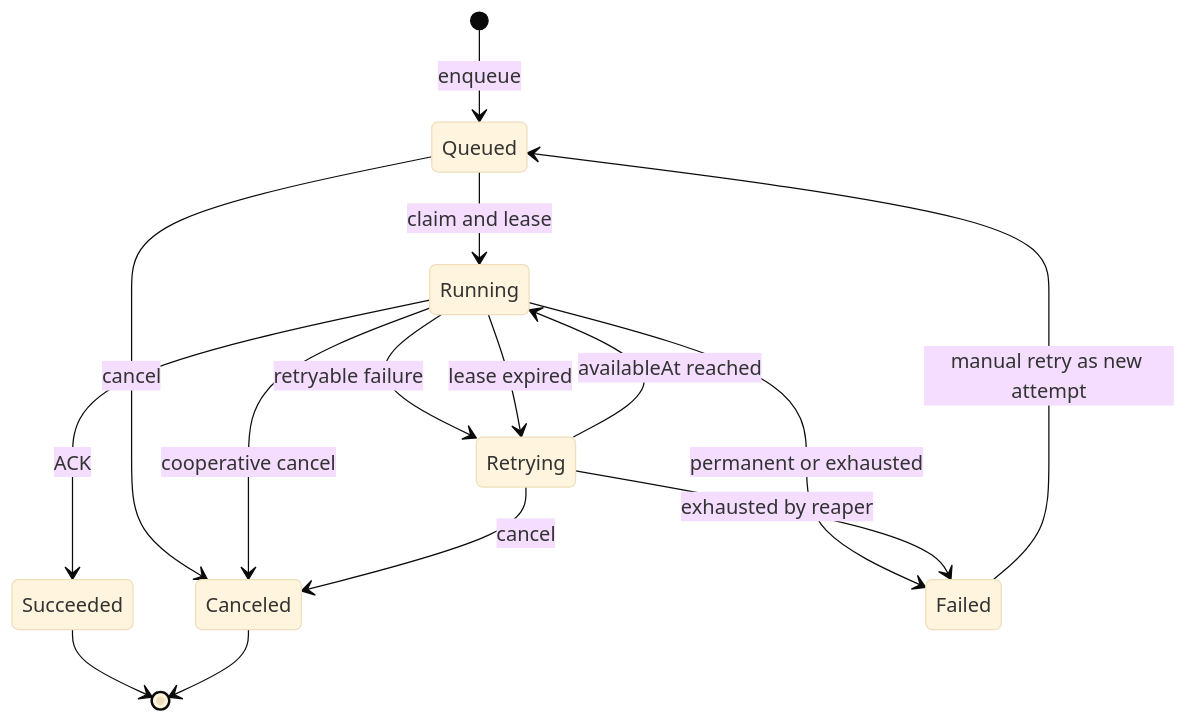
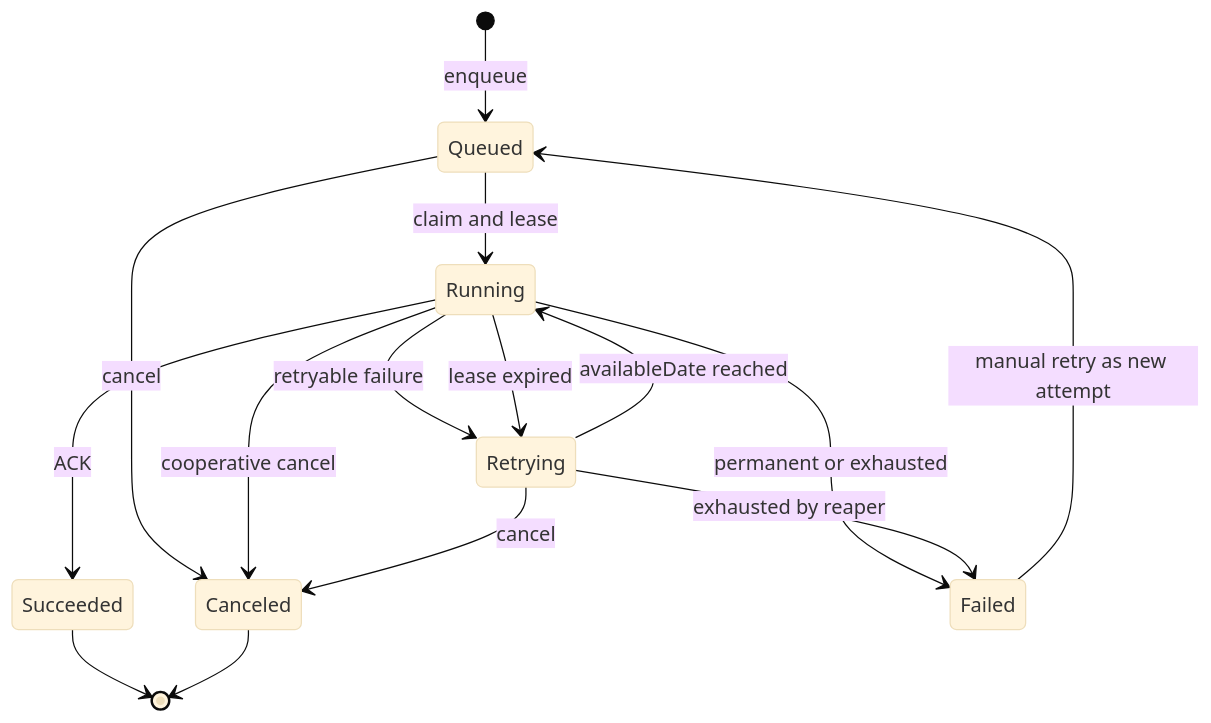
One commit to vimrus/runtime changed the diagram in docs/message-queue-design.md. Above: the diagram before and after it, drawn with Mermaid (base theme). The commit also changed other lines of this file and 10 other files, not shown here.

First line of the commit message:
refactor(queue): align bridge field names with ZenTao schema

````diff
--- a/docs/message-queue-design.md
+++ b/docs/message-queue-design.md
@@ -311,17 +311,17 @@
 ```mermaid
 stateDiagram-v2
     [*] --> Queued: enqueue
     Queued --> Running: claim and lease
     Queued --> Canceled: cancel
     Running --> Succeeded: ACK
     Running --> Retrying: retryable failure
     Running --> Failed: permanent or exhausted
     Running --> Retrying: lease expired
     Running --> Canceled: cooperative cancel
-    Retrying --> Running: availableAt reached
+    Retrying --> Running: availableDate reached
     Retrying --> Canceled: cancel
     Retrying --> Failed: exhausted by reaper
     Failed --> Queued: manual retry as new attempt
     Succeeded --> [*]
     Canceled --> [*]
 ```
````
